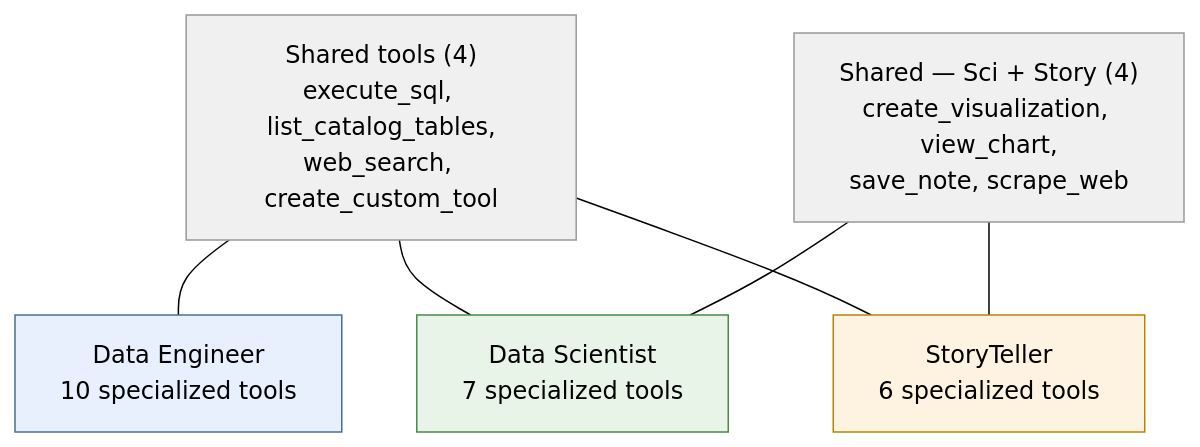
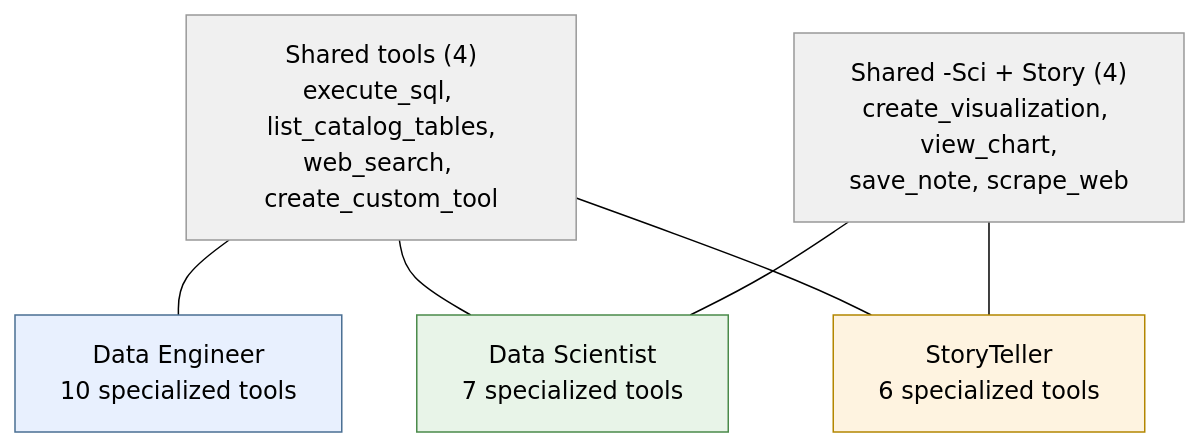
Before and after one commit to jweinberg-a2a/versifai-data-agents: the fourth of 11 diagrams in docs/architecture.md, drawn with Mermaid (forest theme). The commit also changed other lines of this file and 11 other files, not shown here.

````diff
--- a/docs/architecture.md
+++ b/docs/architecture.md
@@ -136,15 +136,15 @@
 ```mermaid
 flowchart TD
     SHARED["Shared tools (4)<br>execute_sql, list_catalog_tables,<br>web_search, create_custom_tool"] --- ENG & SCI & STORY
-    SHARED2["Shared — Sci + Story (4)<br>create_visualization, view_chart,<br>save_note, scrape_web"] --- SCI & STORY
+    SHARED2["Shared -Sci + Story (4)<br>create_visualization, view_chart,<br>save_note, scrape_web"] --- SCI & STORY
 
     ENG["Data Engineer<br>10 specialized tools"]
     SCI["Data Scientist<br>7 specialized tools"]
     STORY["StoryTeller<br>6 specialized tools"]
 
     style SHARED fill:#f0f0f0,stroke:#999
     style SHARED2 fill:#f0f0f0,stroke:#999
     style ENG fill:#e8f0fe,stroke:#4a6f93
     style SCI fill:#e8f4e8,stroke:#4a8a4a
     style STORY fill:#fef3e0,stroke:#b38600
 ```
````
